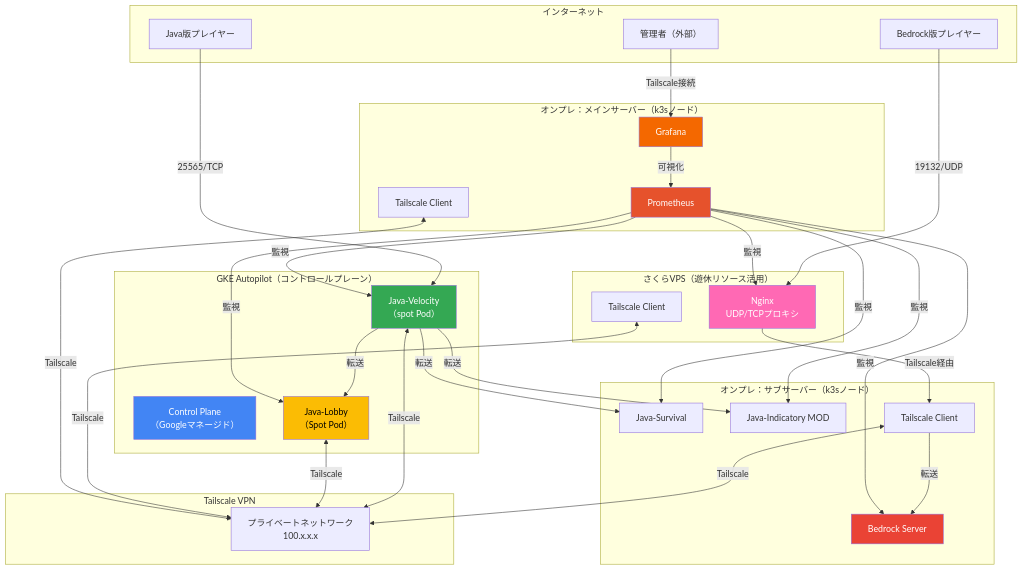
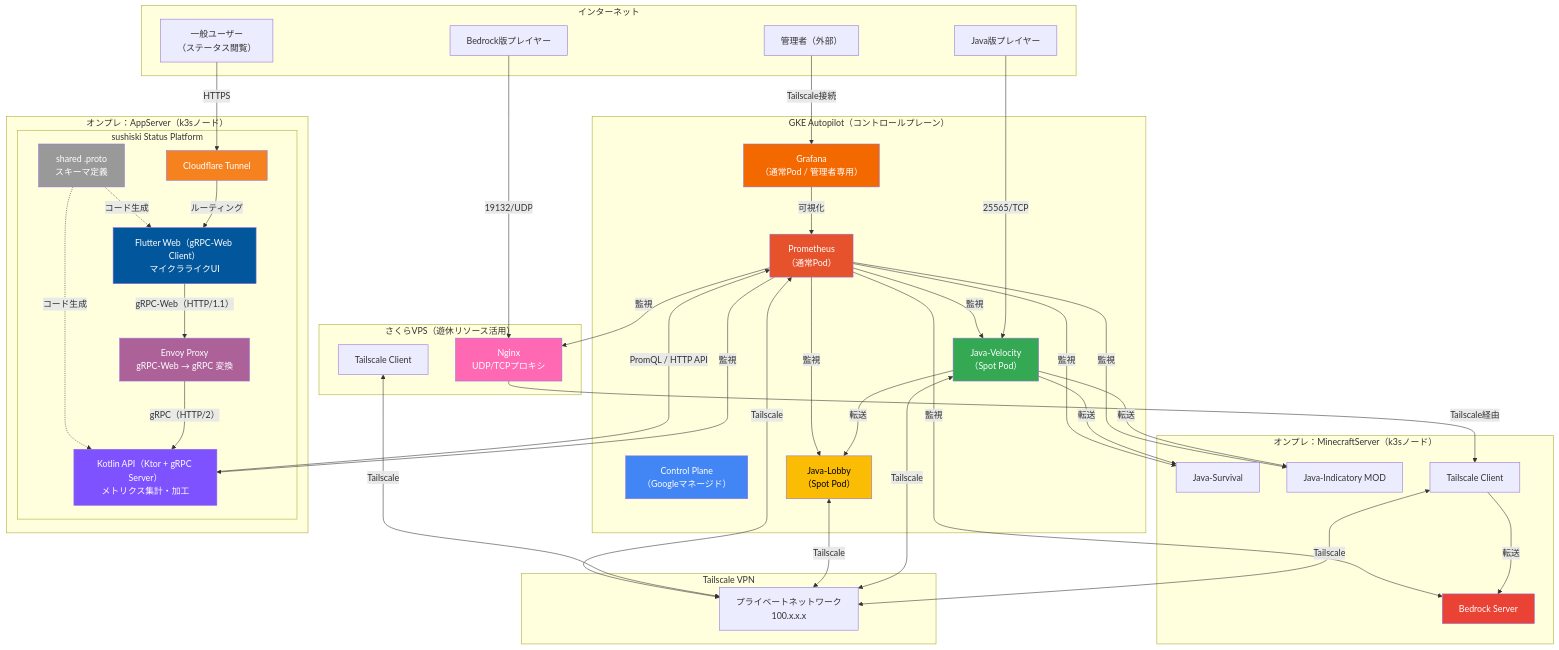
One commit to Tagomori0211/Minecraft-on-Kubenates changed the diagram in infrastructure.mermaid. Above: the diagram before and after it, drawn with Mermaid. The commit also changed 14 other files, not shown here.

```diff
--- a/infrastructure.mermaid
+++ b/infrastructure.mermaid
@@ -1,68 +1,90 @@
 graph TB
     subgraph Internet["インターネット"]
         Player_Java["Java版プレイヤー"]
         Player_Bedrock["Bedrock版プレイヤー"]
         Admin["管理者（外部）"]
+        User["一般ユーザー<br/>（ステータス閲覧）"]
     end
 
     subgraph Sakura["さくらVPS（遊休リソース活用）"]
         Nginx_Sakura["Nginx<br/>UDP/TCPプロキシ"]
         TS_Sakura["Tailscale Client"]
     end
 
     subgraph GKE["GKE Autopilot（コントロールプレーン）"]
         CP["Control Plane<br/>（Googleマネージド）"]
-        Velocity["Java-Velocity<br/>（spot Pod）"]
+        Velocity["Java-Velocity<br/>（Spot Pod）"]
         Lobby["Java-Lobby<br/>（Spot Pod）"]
+        Prometheus["Prometheus<br/>（通常Pod）"]
+        Grafana["Grafana<br/>（通常Pod / 管理者専用）"]
     end
 
     subgraph Tailscale["Tailscale VPN"]
         TS_Network["プライベートネットワーク<br/>100.x.x.x"]
     end
 
-    subgraph OnPrem_Sub["オンプレ：サブサーバー（k3sノード）"]
+    subgraph MinecraftServer["オンプレ：MinecraftServer（k3sノード）"]
         Java_Survival["Java-Survival"]
         Java_Mod["Java-Indicatory MOD"]
         Bedrock_Server["Bedrock Server"]
         TS_Router_Sub["Tailscale Client"]
     end
 
-    subgraph OnPrem_Main["オンプレ：メインサーバー（k3sノード）"]
-        Prometheus["Prometheus"]
-        Grafana["Grafana"]
-        TS_Router_Main["Tailscale Client"]
+    subgraph AppServer["オンプレ：AppServer（k3sノード）"]
+        subgraph StatusPlatform["sushiski Status Platform"]
+            Kotlin_API["Kotlin API（Ktor + gRPC Server）<br/>メトリクス集計・加工"]
+            Flutter_Web["Flutter Web（gRPC-Web Client）<br/>マイクラライクUI"]
+            Envoy["Envoy Proxy<br/>gRPC-Web → gRPC 変換"]
+            Proto["shared .proto<br/>スキーマ定義"]
+            CF_Tunnel["Cloudflare Tunnel"]
+        end
     end
 
     Player_Java -->|25565/TCP| Velocity
     Player_Bedrock -->|19132/UDP| Nginx_Sakura
     Admin -->|Tailscale接続| Grafana
+    User -->|HTTPS| CF_Tunnel
+
+    CF_Tunnel -->|ルーティング| Flutter_Web
+    Flutter_Web -->|gRPC-Web（HTTP/1.1）| Envoy
+    Envoy -->|gRPC（HTTP/2）| Kotlin_API
+    Kotlin_API -->|PromQL / HTTP API| Prometheus
+
+    Proto -.->|コード生成| Kotlin_API
+    Proto -.->|コード生成| Flutter_Web
 
     Nginx_Sakura -->|Tailscale経由| TS_Router_Sub
     TS_Router_Sub -->|転送| Bedrock_Server
 
     Velocity <-->|Tailscale| TS_Network
     Lobby <-->|Tailscale| TS_Network
     TS_Sakura <-->|Tailscale| TS_Network
     TS_Router_Sub <-->|Tailscale| TS_Network
-    TS_Router_Main <-->|Tailscale| TS_Network
+    Prometheus <-->|Tailscale| TS_Network
 
     Velocity -->|転送| Lobby
     Velocity -->|転送| Java_Survival
     Velocity -->|転送| Java_Mod
 
     Prometheus -->|監視| Velocity
     Prometheus -->|監視| Lobby
     Prometheus -->|監視| Java_Survival
     Prometheus -->|監視| Java_Mod
     Prometheus -->|監視| Bedrock_Server
     Prometheus -->|監視| Nginx_Sakura
+    Prometheus -->|監視| Kotlin_API
 
     Grafana -->|可視化| Prometheus
 
     style Nginx_Sakura fill:#ff69b4,color:#fff
     style CP fill:#4285f4,color:#fff
     style Velocity fill:#34a853,color:#fff
     style Lobby fill:#fbbc04,color:#000
     style Bedrock_Server fill:#ea4335,color:#fff
     style Prometheus fill:#e6522c,color:#fff
     style Grafana fill:#f46800,color:#fff
+    style Kotlin_API fill:#7F52FF,color:#fff
+    style Flutter_Web fill:#02569B,color:#fff
+    style CF_Tunnel fill:#F6821F,color:#fff
+    style Envoy fill:#AC6199,color:#fff
+    style Proto fill:#999,color:#fff
```
